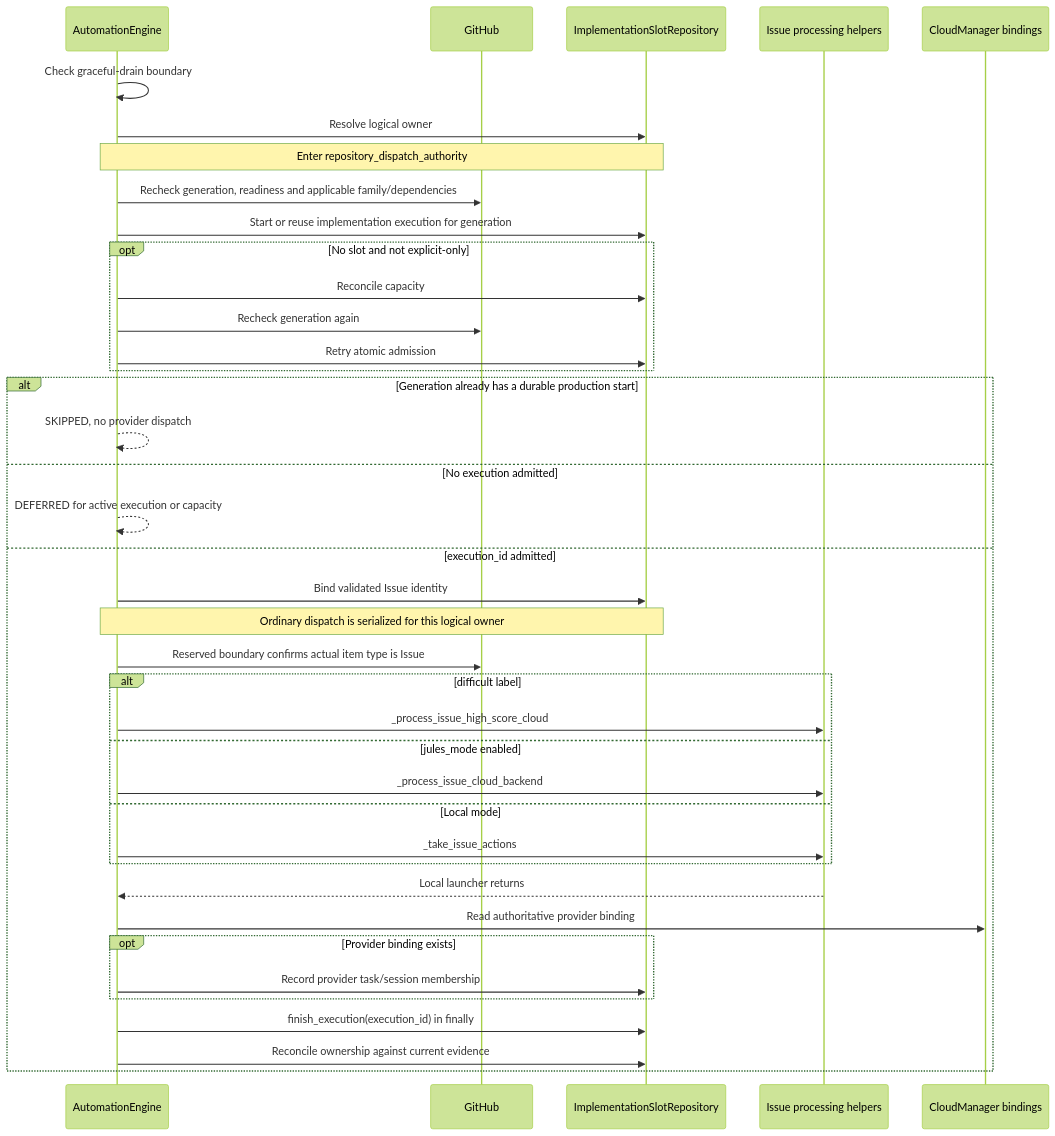
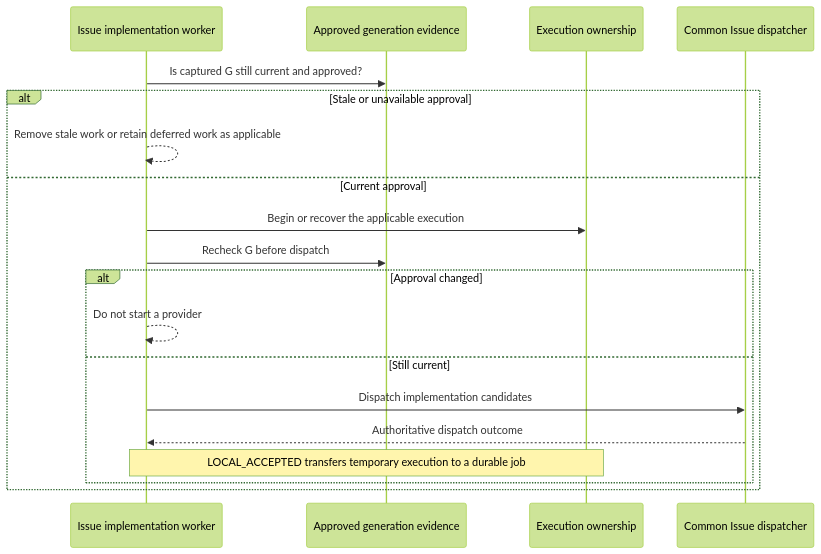
One commit to kitamura-tetsuo/auto-coder changed the third of 3 diagrams in docs/architecture/as-is/engine-and-issues.md. Above: the diagram before and after it, drawn with Mermaid (forest theme). The commit also changed other lines of this file and 14 other files, not shown here.

First line of the commit message:
docs: refresh as-is sequences and map refactoring boundaries

````diff
--- a/docs/architecture/as-is/engine-and-issues.md
+++ b/docs/architecture/as-is/engine-and-issues.md
@@ -157,41 +61,21 @@
 ```mermaid
 sequenceDiagram
-    participant E as AutomationEngine
-    participant G as GitHub
-    participant S as ImplementationSlotRepository
-    participant H as Issue processing helpers
-    participant C as CloudManager bindings
-    E->>E: Check graceful-drain boundary
-    E->>S: Resolve logical owner
-    Note over E,S: Enter repository_dispatch_authority
-    E->>G: Recheck generation, readiness and applicable family/dependencies
-    E->>S: Start or reuse implementation execution for generation
-    opt No slot and not explicit-only
-        E->>S: Reconcile capacity
-        E->>G: Recheck generation again
-        E->>S: Retry atomic admission
-    end
-    alt Generation already has a durable production start
-        E-->>E: SKIPPED, no provider dispatch
-    else No execution admitted
-        E-->>E: DEFERRED for active execution or capacity
-    else execution_id admitted
-        E->>S: Bind validated Issue identity
-        Note over E,S: Ordinary dispatch is serialized for this logical owner
-        E->>G: Reserved boundary confirms actual item type is Issue
-        alt difficult label
-            E->>H: _process_issue_high_score_cloud
-        else jules_mode enabled
-            E->>H: _process_issue_cloud_backend
-        else Local mode
-            E->>H: _take_issue_actions
+    participant W as Issue implementation worker
+    participant A as Approved generation evidence
+    participant E as Execution ownership
+    participant D as Common Issue dispatcher
+    W->>A: Is captured G still current and approved?
+    alt Stale or unavailable approval
+        W-->>W: Remove stale work or retain deferred work as applicable
+    else Current approval
+        W->>E: Begin or recover the applicable execution
+        W->>A: Recheck G before dispatch
+        alt Approval changed
+            W-->>W: Do not start a provider
+        else Still current
+            W->>D: Dispatch implementation candidates
+            D-->>W: Authoritative dispatch outcome
+            Note over W,E: LOCAL_ACCEPTED transfers temporary execution to a durable job
         end
-        H-->>E: Local launcher returns
-        E->>C: Read authoritative provider binding
-        opt Provider binding exists
-            E->>S: Record provider task/session membership
-        end
-        E->>S: finish_execution(execution_id) in finally
-        E->>S: Reconcile ownership against current evidence
     end
 ```
````
